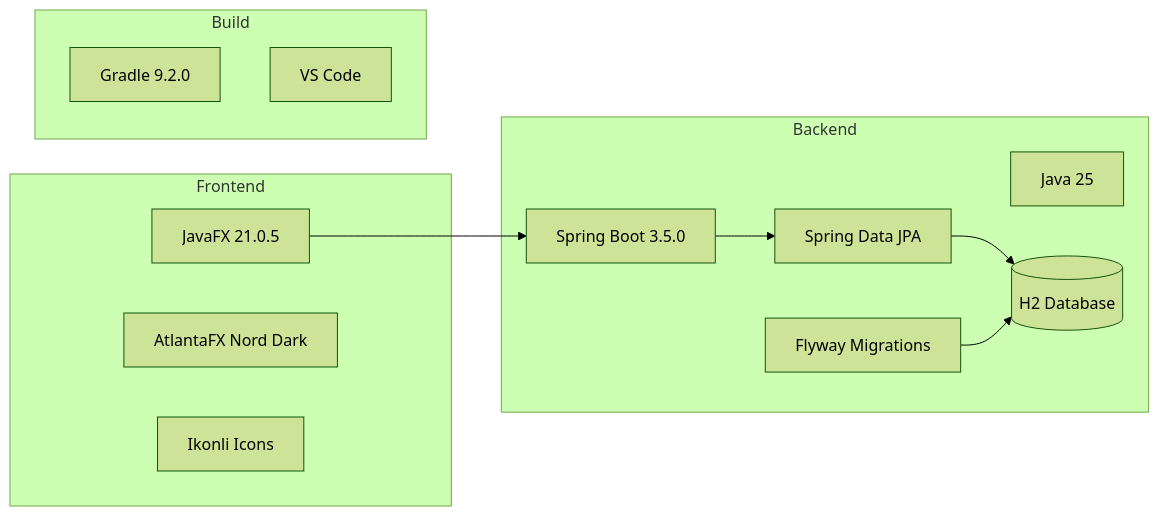
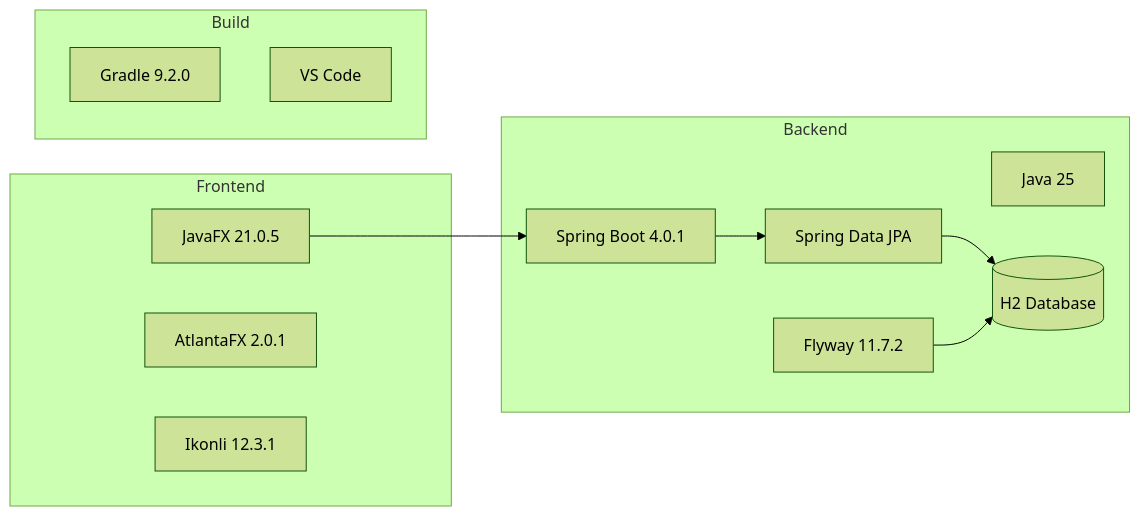
Before and after one commit to tolgayilmaz86/ToFlowAI: the third of 28 diagrams in docs/ARCHITECTURE.md, drawn with Mermaid (forest theme). The commit also changed other lines of this file and 4 other files, not shown here.

````diff
--- a/docs/ARCHITECTURE.md
+++ b/docs/ARCHITECTURE.md
@@ -295,25 +284,25 @@
 ```mermaid
 graph LR
     subgraph Frontend
         JFX[JavaFX 21.0.5]
-        AFX[AtlantaFX Nord Dark]
-        IKN[Ikonli Icons]
+        AFX[AtlantaFX 2.0.1]
+        IKN[Ikonli 12.3.1]
     end
     
     subgraph Backend
         J25[Java 25]
-        SB[Spring Boot 3.5.0]
+        SB[Spring Boot 4.0.1]
         JPA[Spring Data JPA]
         H2[(H2 Database)]
-        FW[Flyway Migrations]
+        FW[Flyway 11.7.2]
     end
     
     subgraph Build
         GR[Gradle 9.2.0]
         VSC[VS Code]
     end
     
     JFX --> SB
     SB --> JPA --> H2
     FW --> H2
 ```
````
